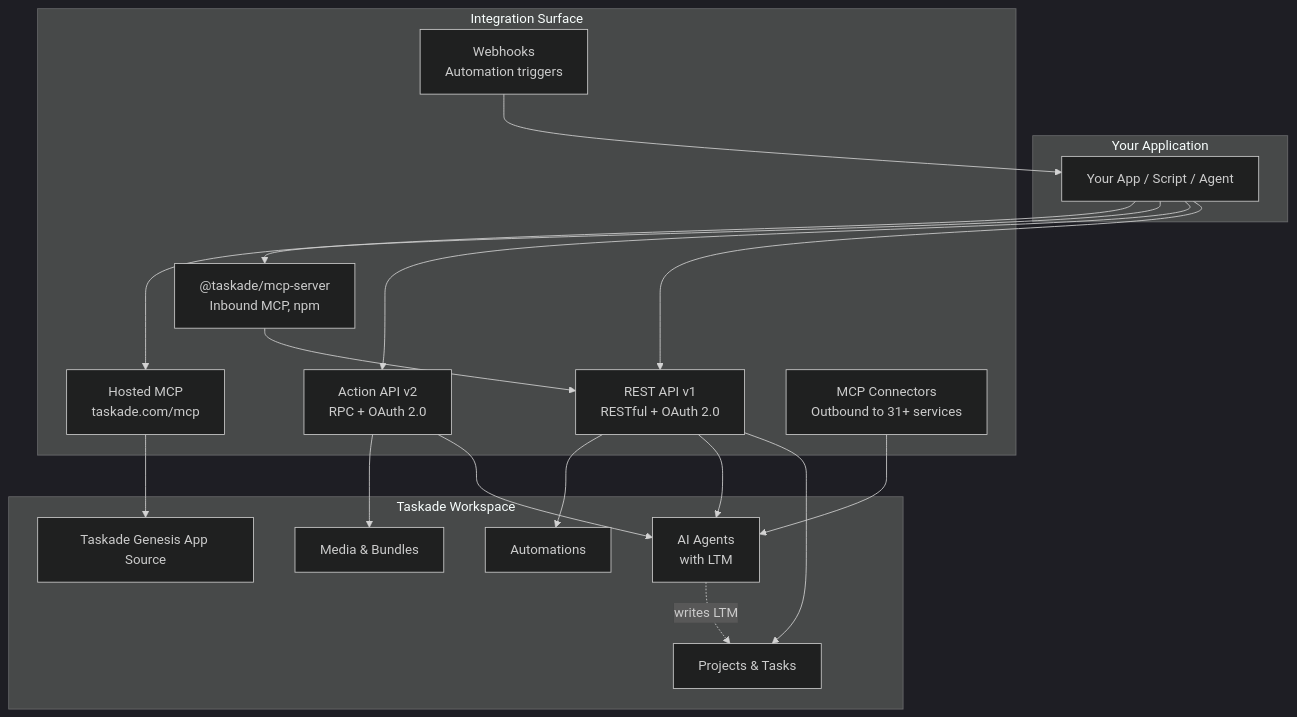
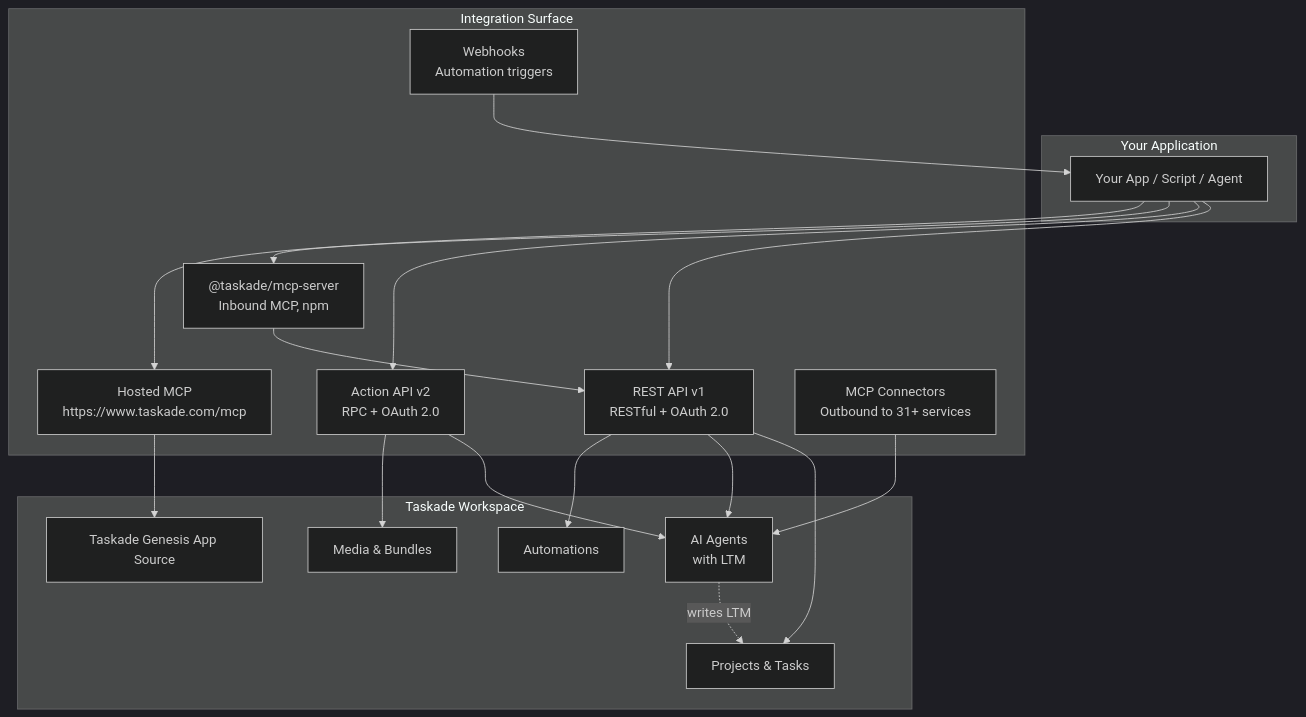
One commit to taskade/docs changed the diagram in apis-living-system-development/developer-home.md. Above: the diagram before and after it, drawn with Mermaid (dark theme). The commit also changed other lines of this file and 2 other files, not shown here.

Commit message:
docs(mcp): normalize hosted endpoint to canonical https://www.taskade.com/mcp (#92)

````diff
--- a/apis-living-system-development/developer-home.md
+++ b/apis-living-system-development/developer-home.md
@@ -11,41 +11,41 @@
 ```mermaid
 graph TB
     subgraph "Your Application"
         APP["Your App / Script / Agent"]
     end
 
     subgraph "Integration Surface"
         API1[REST API v1<br/>RESTful + OAuth 2.0]
         API2[Action API v2<br/>RPC + OAuth 2.0]
         MCP_IN["@taskade/mcp-server<br/>Inbound MCP, npm"]
-        MCP_HOST[Hosted MCP<br/>taskade.com/mcp]
+        MCP_HOST[Hosted MCP<br/>https://www.taskade.com/mcp]
         MCP_OUT[MCP Connectors<br/>Outbound to 31+ services]
         WEBHOOK[Webhooks<br/>Automation triggers]
     end
 
     subgraph "Taskade Workspace"
         PROJECTS["Projects & Tasks"]
         AGENTS["AI Agents<br/>with LTM"]
         AUTOMATIONS[Automations]
         MEDIA["Media & Bundles"]
         APP_SRC["Taskade Genesis App Source"]
     end
 
     APP --> API1
     APP --> API2
     APP --> MCP_IN
     APP --> MCP_HOST
     WEBHOOK --> APP
 
     MCP_IN --> API1
     MCP_HOST --> APP_SRC
     MCP_OUT --> AGENTS
 
     API1 --> PROJECTS
     API1 --> AGENTS
     API2 --> AGENTS
     API2 --> MEDIA
     API1 --> AUTOMATIONS
 
     AGENTS -.writes LTM.-> PROJECTS
 ```
````
